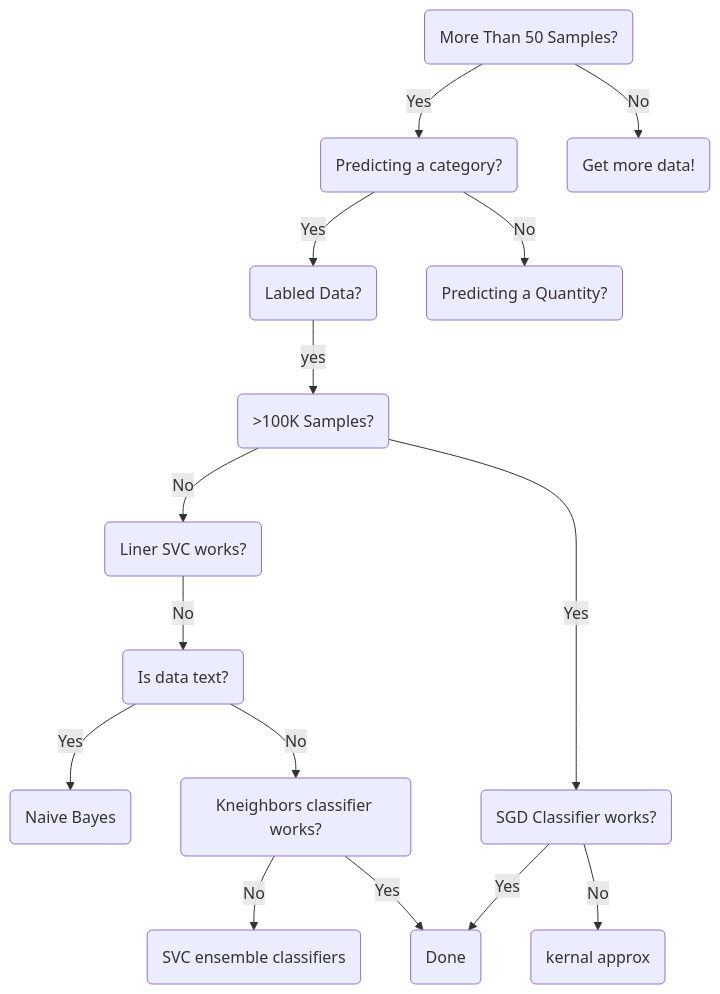
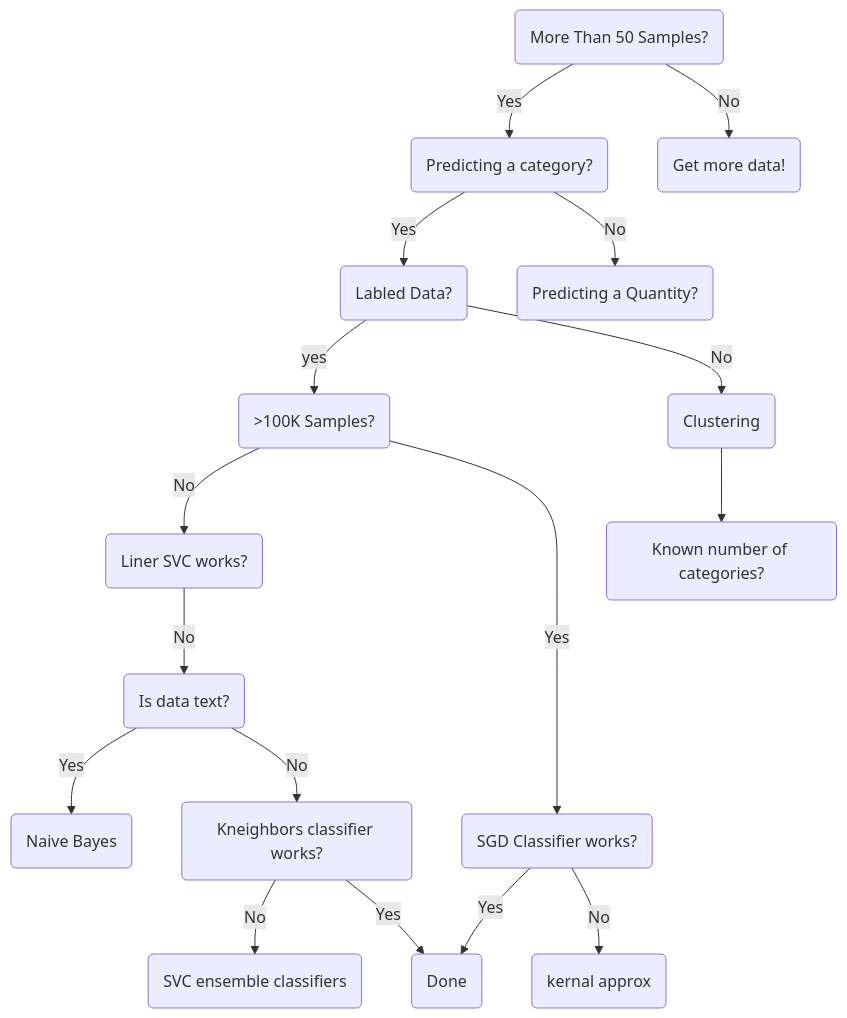
Before and after one commit to hwetsman/Public_Notes: the diagram in ML_Cheatsheet.md, drawn with Mermaid.

````diff
--- a/ML_Cheatsheet.md
+++ b/ML_Cheatsheet.md
@@ -1,35 +1,39 @@
 ```mermaid
 flowchart TD
 id1(More Than 50 Samples?)
   id2(Predicting a category?)
     id1-->|Yes|id2
     id4(Labled Data?)
       id2-->|Yes|id4
       id6(>100K Samples?)
         id4-->|yes|id6
+        id14(Clustering)
+        id15(Known number of categories?)
+        id14-->id15
+        id4-->|No|id14
         id7(Liner SVC works?)
         id6-->|No|id7
         id8(SGD Classifier works?)
           id8-->|Yes|id99
           id13(kernal approx)
           id8-->|No|id13
         id6-->|Yes|id8
           id9(Is data text?)
           id7-->|No|id9
             id10(Naive Bayes)
             id9-->|Yes|id10
             id11(Kneighbors classifier works?)
             id9-->|No|id11
               id12(SVC ensemble classifiers)
               id11-->|No|id12
               id99(Done)
               id11-->|Yes|id99
     id5(Predicting a Quantity?)
       id2-->|No|id5
 
 
   id3(Get more data!)
     id1-->|No|id3
   
   
 ```
````
